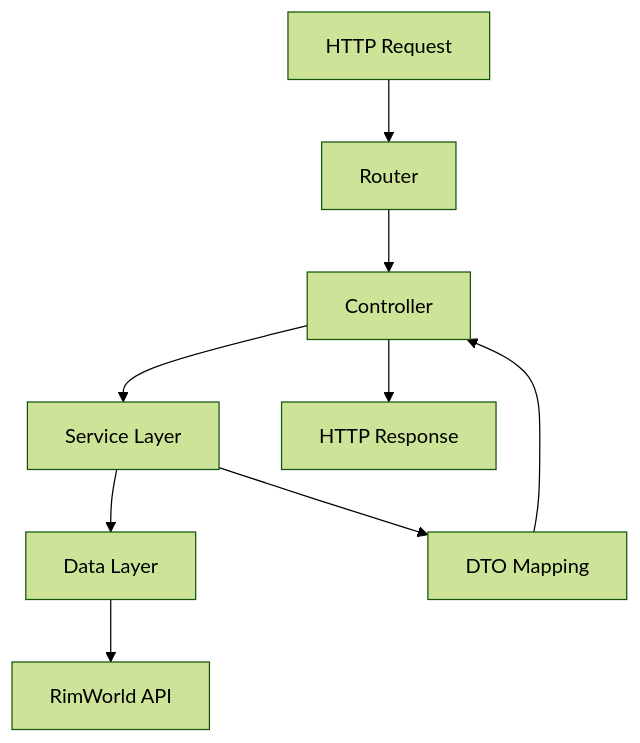
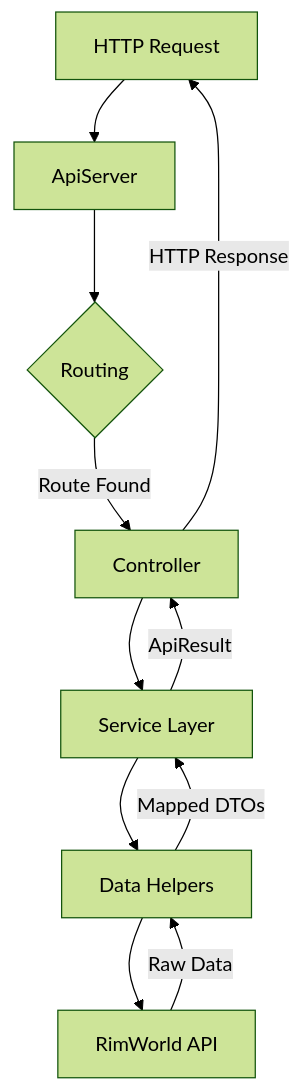
One commit to IlyaChichkov/RIMAPI changed the diagram in docs/contributors_guide/creating_endpoints.md. Above: the diagram before and after it, drawn with Mermaid (forest theme). The commit also changed other lines of this file and 9 other files, not shown here.

````diff
--- a/docs/contributors_guide/creating_endpoints.md
+++ b/docs/contributors_guide/creating_endpoints.md
@@ -9,11 +9,13 @@
 ```mermaid
-    graph TB
-        A[HTTP Request] --> B[Router]
-        B --> C[Controller]
-        C --> D[Service Layer]
-        D --> E[Data Layer]
-        E --> F[RimWorld API]
-        D --> G[DTO Mapping]
-        G --> C
-        C --> H[HTTP Response]
+graph TB
+    A[HTTP Request] --> B[ApiServer];
+    B --> C{Routing};
+    C -- Route Found --> D[Controller];
+    D --> E[Service Layer];
+    E --> F[Data Helpers];
+    F --> G[RimWorld API];
+    G -- Raw Data --> F;
+    F -- Mapped DTOs --> E;
+    E -- ApiResult --> D;
+    D -- HTTP Response --> A;
 ```
````
